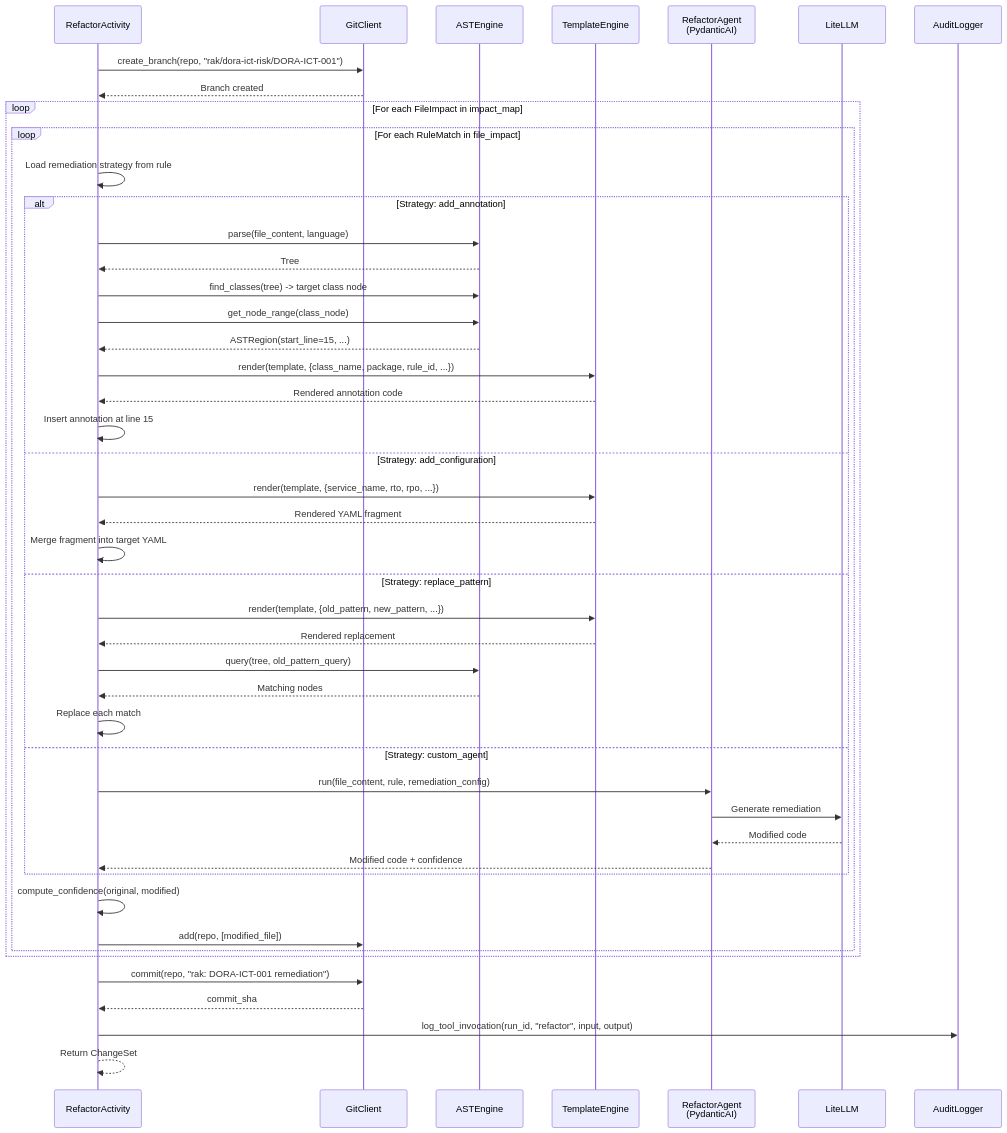
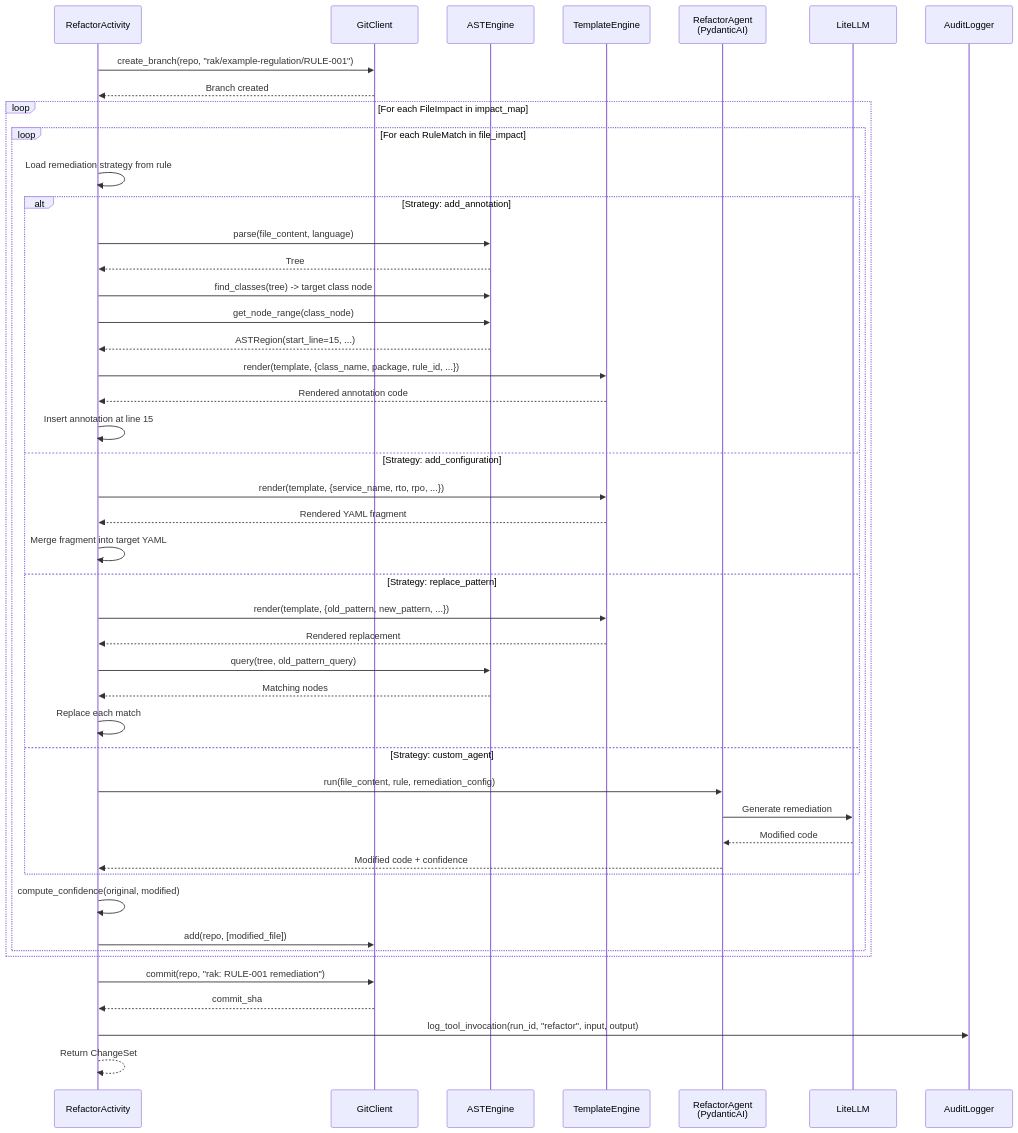
One commit to gallindo/regulatory-agent-kit changed the tenth of 17 diagrams in docs/implementation-design.md. Above: the diagram before and after it, drawn with Mermaid. The commit also changed other lines of this file and 73 other files, not shown here.

````diff
--- a/docs/implementation-design.md
+++ b/docs/implementation-design.md
@@ -740,60 +740,60 @@
 ```mermaid
 sequenceDiagram
     participant ACT as RefactorActivity
     participant GIT as GitClient
     participant AST as ASTEngine
     participant TE as TemplateEngine
     participant AGENT as RefactorAgent<br/>(PydanticAI)
     participant LLM as LiteLLM
     participant AL as AuditLogger
 
-    ACT->>GIT: create_branch(repo, "rak/dora-ict-risk/DORA-ICT-001")
+    ACT->>GIT: create_branch(repo, "rak/example-regulation/RULE-001")
     GIT-->>ACT: Branch created
 
     loop For each FileImpact in impact_map
         loop For each RuleMatch in file_impact
             ACT->>ACT: Load remediation strategy from rule
 
             alt Strategy: add_annotation
                 ACT->>AST: parse(file_content, language)
                 AST-->>ACT: Tree
                 ACT->>AST: find_classes(tree) -> target class node
                 ACT->>AST: get_node_range(class_node)
                 AST-->>ACT: ASTRegion(start_line=15, ...)
 
                 ACT->>TE: render(template, {class_name, package, rule_id, ...})
                 TE-->>ACT: Rendered annotation code
 
                 ACT->>ACT: Insert annotation at line 15
 
             else Strategy: add_configuration
                 ACT->>TE: render(template, {service_name, rto, rpo, ...})
                 TE-->>ACT: Rendered YAML fragment
                 ACT->>ACT: Merge fragment into target YAML
 
             else Strategy: replace_pattern
                 ACT->>TE: render(template, {old_pattern, new_pattern, ...})
                 TE-->>ACT: Rendered replacement
                 ACT->>AST: query(tree, old_pattern_query)
                 AST-->>ACT: Matching nodes
                 ACT->>ACT: Replace each match
 
             else Strategy: custom_agent
                 ACT->>AGENT: run(file_content, rule, remediation_config)
                 AGENT->>LLM: Generate remediation
                 LLM-->>AGENT: Modified code
                 AGENT-->>ACT: Modified code + confidence
 
             end
 
             ACT->>ACT: compute_confidence(original, modified)
             ACT->>GIT: add(repo, [modified_file])
         end
     end
 
-    ACT->>GIT: commit(repo, "rak: DORA-ICT-001 remediation")
+    ACT->>GIT: commit(repo, "rak: RULE-001 remediation")
     GIT-->>ACT: commit_sha
 
     ACT->>AL: log_tool_invocation(run_id, "refactor", input, output)
     ACT-->>ACT: Return ChangeSet
 ```
````
